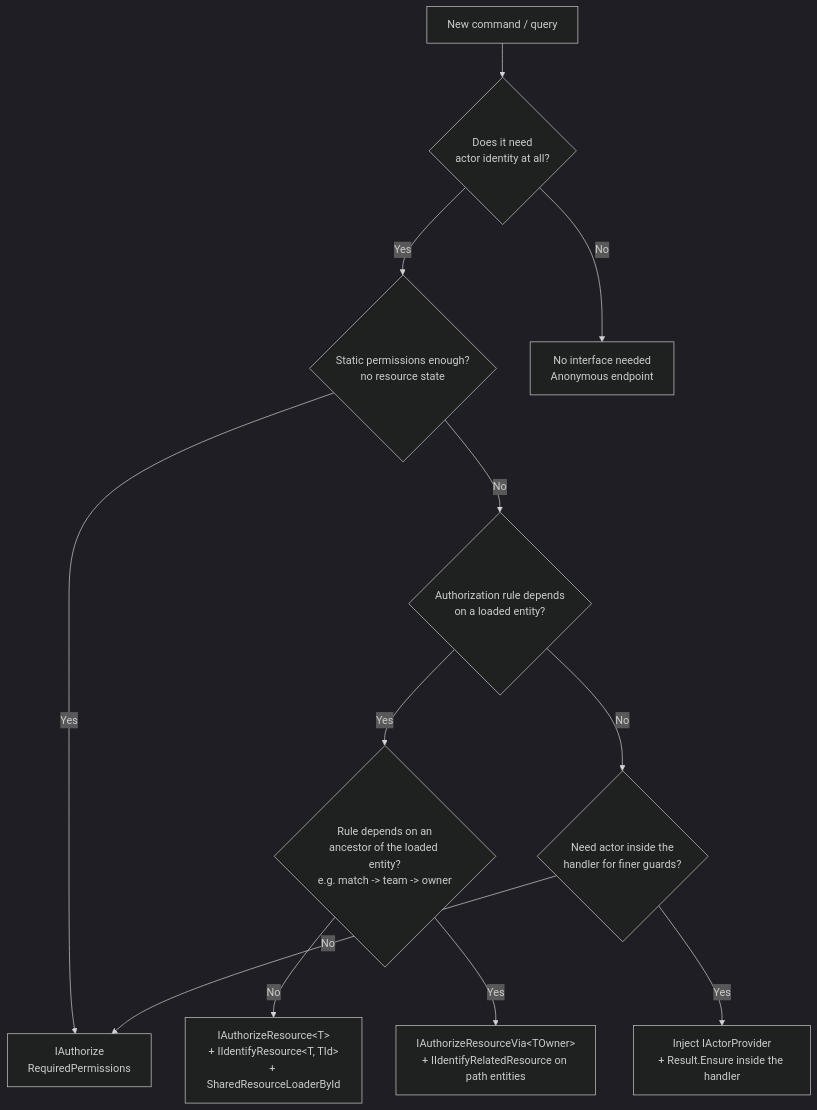
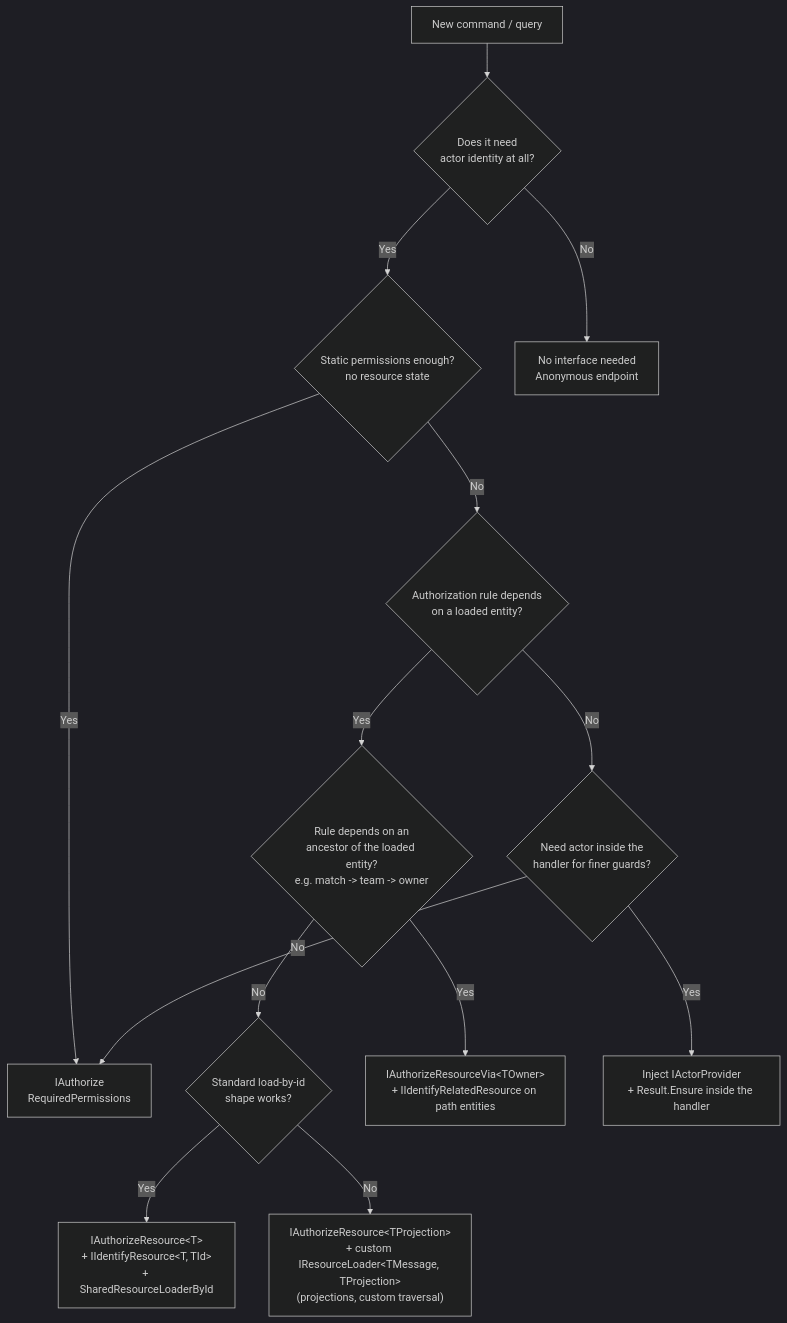
The second of 7 diagrams in docs/docfx_project/articles/integration-asp-authorization.md (xavierjohn/FunctionalDDD), drawn with Mermaid (dark theme) before and after one commit. The commit also changed other lines of this file, not shown here.

````diff
--- a/docs/docfx_project/articles/integration-asp-authorization.md
+++ b/docs/docfx_project/articles/integration-asp-authorization.md
@@ -74,21 +74,23 @@
 ```mermaid
 flowchart TD
     Start[New command / query]
     Q1{"Does it need<br/>actor identity at all?"}
     Q2{"Static permissions enough?<br/>no resource state"}
     Q3{"Authorization rule depends<br/>on a loaded entity?"}
     Q4{"Rule depends on an<br/>ancestor of the loaded entity?<br/>e.g. match -> team -> owner"}
     Q5{"Need actor inside the<br/>handler for finer guards?"}
 
     Start --> Q1
     Q1 -- No --> NoActor["No interface needed<br/>Anonymous endpoint"]
     Q1 -- Yes --> Q2
     Q2 -- Yes --> IAuth["IAuthorize<br/>RequiredPermissions"]
     Q2 -- No --> Q3
     Q3 -- Yes --> Q4
-    Q4 -- No --> IAuthRes["IAuthorizeResource&lt;T&gt;<br/>+ IIdentifyResource&lt;T, TId&gt;<br/>+ SharedResourceLoaderById"]
+    Q4 -- No --> Q3b{"Standard load-by-id<br/>shape works?"}
+    Q3b -- Yes --> IAuthRes["IAuthorizeResource&lt;T&gt;<br/>+ IIdentifyResource&lt;T, TId&gt;<br/>+ SharedResourceLoaderById"]
+    Q3b -- No --> IAuthResCustom["IAuthorizeResource&lt;TProjection&gt;<br/>+ custom IResourceLoader&lt;TMessage, TProjection&gt;<br/>(projections, custom traversal)"]
     Q4 -- Yes --> IAuthVia["IAuthorizeResourceVia&lt;TOwner&gt;<br/>+ IIdentifyRelatedResource on path entities"]
     Q3 -- No --> Q5
     Q5 -- Yes --> InHandler["Inject IActorProvider<br/>+ Result.Ensure inside the handler"]
     Q5 -- No --> IAuth
 ```
````
